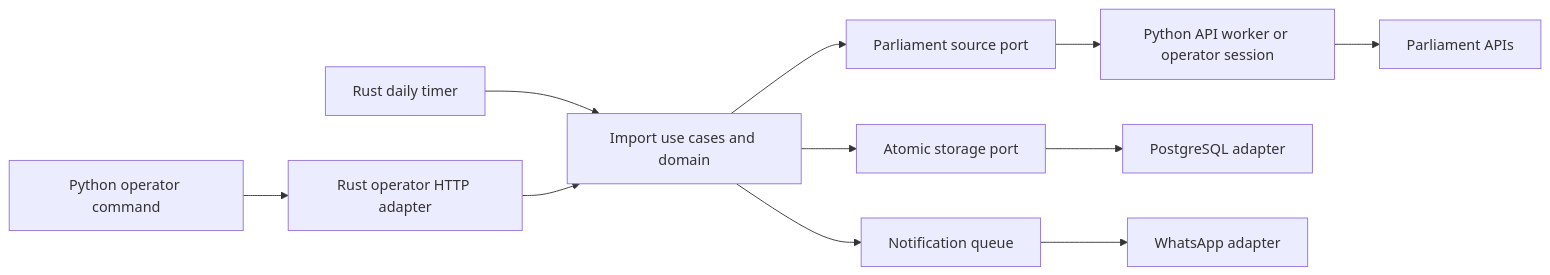
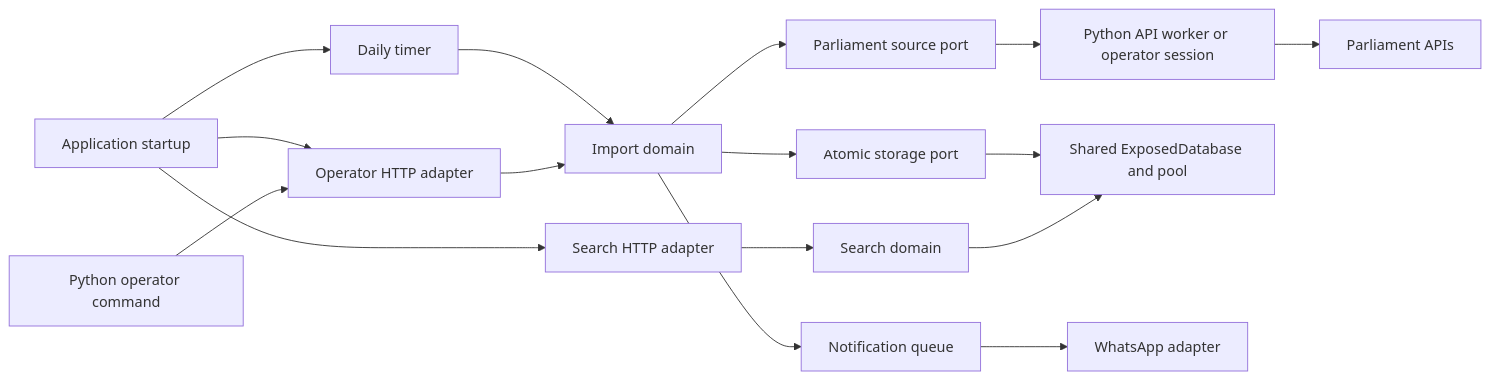
Before and after one commit to johnnylarner/exposed: the diagram in docs/architecture.md, drawn with Mermaid. The commit also changed other lines of this file and 34 other files, not shown here.

````diff
--- a/docs/architecture.md
+++ b/docs/architecture.md
@@ -25,13 +64,18 @@
 ```mermaid
 flowchart LR
-  Manual[Python operator command] --> Admin[Rust operator HTTP adapter]
-  Timer[Rust daily timer] --> Core[Import use cases and domain]
+  App[Application startup] --> Timer[Daily timer]
+  App --> SearchHTTP[Search HTTP adapter]
+  App --> Admin[Operator HTTP adapter]
+  Manual[Python operator command] --> Admin
+  SearchHTTP --> Search[Search domain]
+  Timer --> Core[Import domain]
   Admin --> Core
   Core --> Source[Parliament source port]
   Source --> CLI[Python API worker or operator session]
   CLI --> Parliament[Parliament APIs]
   Core --> Store[Atomic storage port]
-  Store --> DB[PostgreSQL adapter]
+  Store --> DB[Shared ExposedDatabase and pool]
+  Search --> DB
   Core --> Queue[Notification queue]
   Queue --> WhatsApp[WhatsApp adapter]
 ```
````
